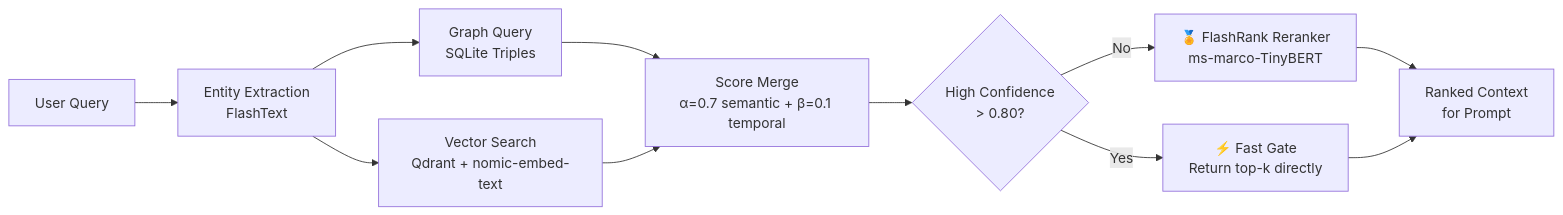
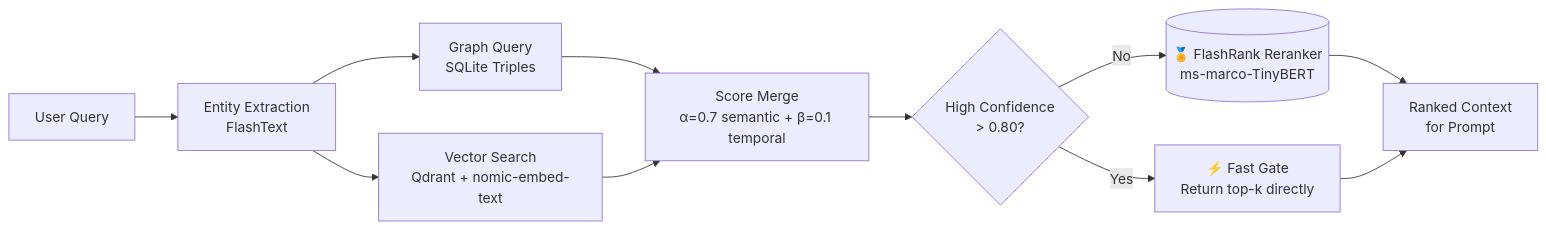
The third of 7 diagrams in ARCHITECTURE.md (UpayanGhosh/Synapse-OSS), drawn with Mermaid before and after one commit. The commit also changed other lines of this file, not shown here.

Commit message:
docs: standardize Mermaid diagram node syntax for improved rendering.

````diff
--- a/ARCHITECTURE.md
+++ b/ARCHITECTURE.md
@@ -186,13 +186,13 @@
 ```mermaid
 graph LR
     Q[User Query] --> EE[Entity Extraction\nFlashText]
     EE --> GQ[Graph Query\nSQLite Triples]
     EE --> VQ[Vector Search\nQdrant + nomic-embed-text]
     GQ --> MERGE[Score Merge\nα=0.7 semantic + β=0.1 temporal]
     VQ --> MERGE
     MERGE --> FG2{High Confidence\n> 0.80?}
     FG2 -->|Yes| FAST[⚡ Fast Gate\nReturn top-k directly]
-    FG2 -->|No| RR[🏅 FlashRank Reranker\nms-marco-TinyBERT]
+    FG2 -->|No| RR[("🏅 FlashRank Reranker\nms-marco-TinyBERT")]
     RR --> OUT[Ranked Context\nfor Prompt]
     FAST --> OUT
 ```
````
